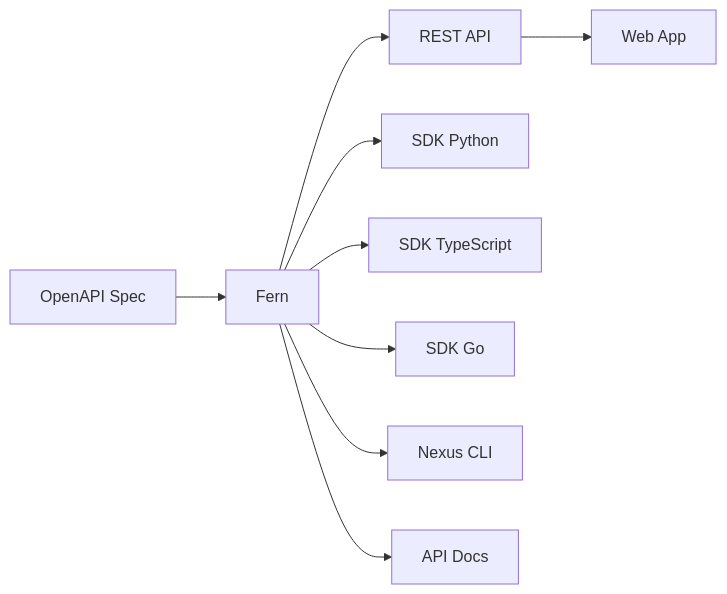
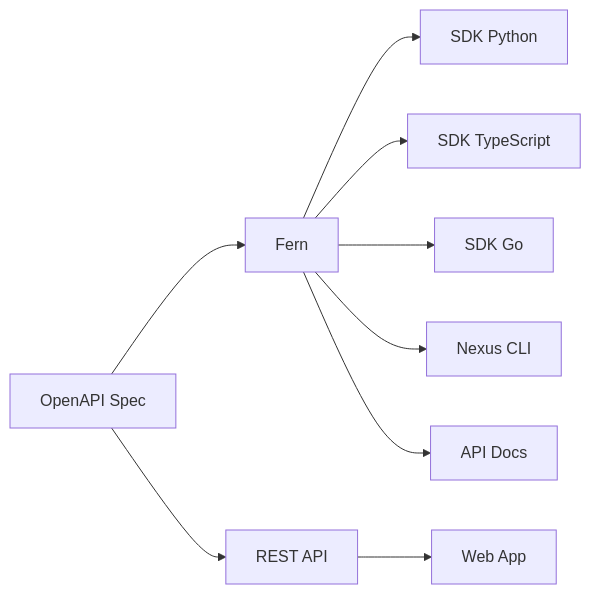
The diagram in docs/_Engineering/interfaces/index.md (AlexandreRgx/nexus-docs), drawn with Mermaid before and after one commit. The commit also changed other lines of this file and 39 other files, not shown here.

````diff
--- a/docs/_Engineering/interfaces/index.md
+++ b/docs/_Engineering/interfaces/index.md
@@ -13,11 +13,11 @@
 ```mermaid
 graph LR
     SPEC[OpenAPI Spec] --> FERN[Fern]
-    FERN --> API[REST API]
+    SPEC --> API[REST API]
     FERN --> SDK_PY[SDK Python]
     FERN --> SDK_TS[SDK TypeScript]
     FERN --> SDK_GO[SDK Go]
     FERN --> CLI[Nexus CLI]
     FERN --> DOCS[API Docs]
     API --> WEBAPP[Web App]
 ```
````
